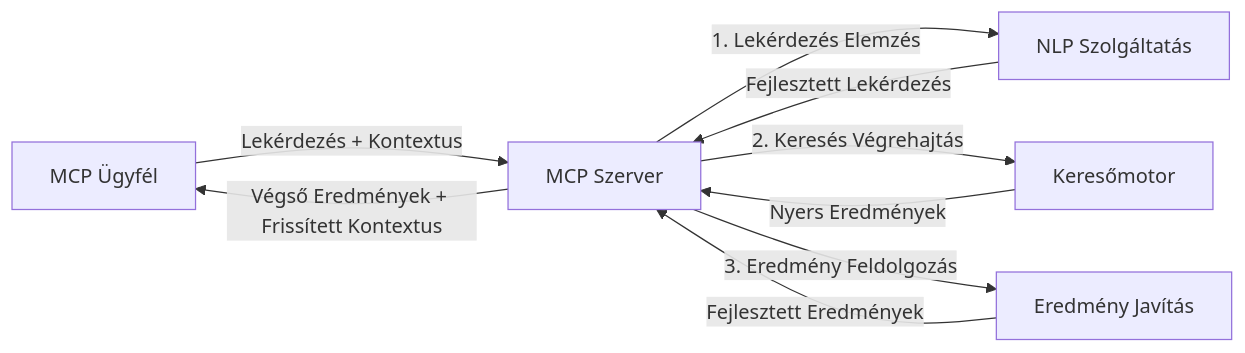
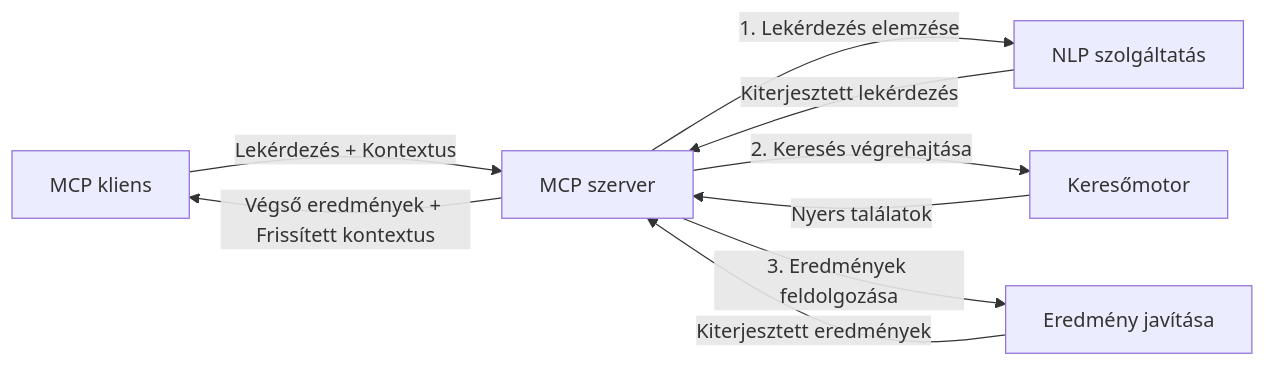
One commit to microsoft/mcp-for-beginners changed the fourth of 4 diagrams in translations/hu/05-AdvancedTopics/mcp-realtimesearch/README.md. Above: the diagram before and after it, drawn with Mermaid. The commit also changed other lines of this file and 140 other files, not shown here.

````diff
--- a/translations/hu/05-AdvancedTopics/mcp-realtimesearch/README.md
+++ b/translations/hu/05-AdvancedTopics/mcp-realtimesearch/README.md
@@ -626,11 +628,11 @@
 ```mermaid
 graph LR
-    Client[MCP Ügyfél] --> |Lekérdezés + Kontextus| Server[MCP Szerver]
-    Server --> |1. Lekérdezés Elemzés| NLP[NLP Szolgáltatás]
-    NLP --> |Fejlesztett Lekérdezés| Server
-    Server --> |2. Keresés Végrehajtás| Search[Keresőmotor]
-    Search --> |Nyers Eredmények| Server
-    Server --> |3. Eredmény Feldolgozás| Enhancement[Eredmény Javítás]
-    Enhancement --> |Fejlesztett Eredmények| Server
-    Server --> |Végső Eredmények + Frissített Kontextus| Client
+    Client[MCP kliens] --> |Lekérdezés + Kontextus| Server[MCP szerver]
+    Server --> |1. Lekérdezés elemzése| NLP[NLP szolgáltatás]
+    NLP --> |Kiterjesztett lekérdezés| Server
+    Server --> |2. Keresés végrehajtása| Search[Keresőmotor]
+    Search --> |Nyers találatok| Server
+    Server --> |3. Eredmények feldolgozása| Enhancement[Eredmény javítása]
+    Enhancement --> |Kiterjesztett eredmények| Server
+    Server --> |Végső eredmények + Frissített kontextus| Client
 ```
````
